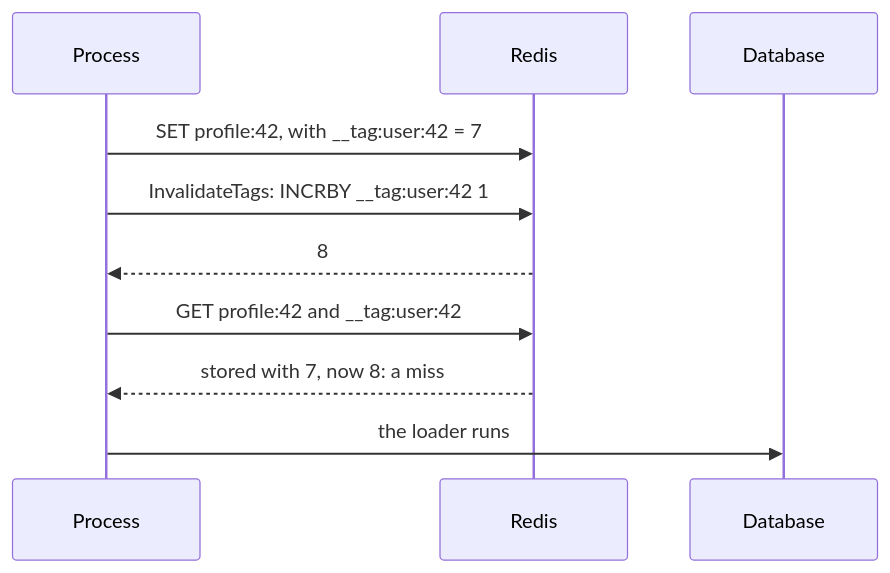
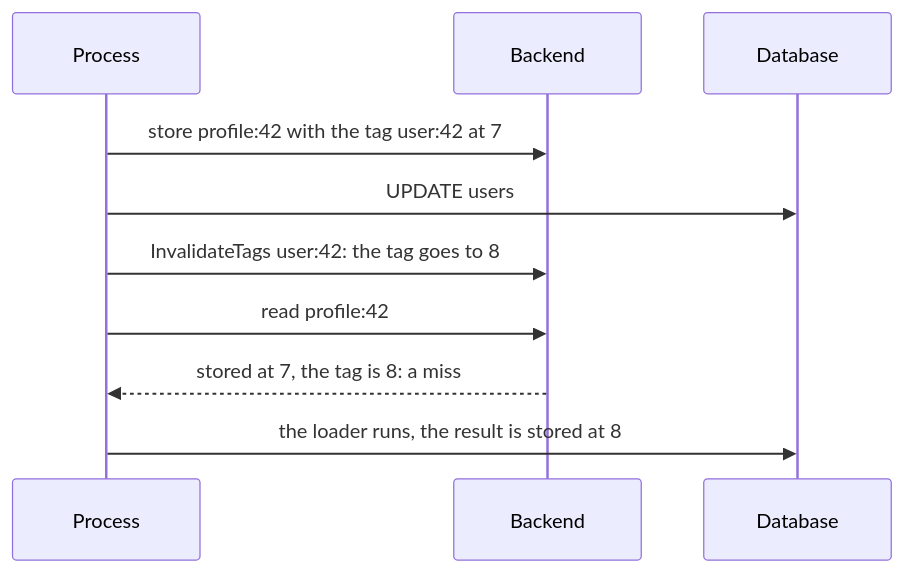
Before and after one commit to eugeneliukindev/gashe: the diagram in docs/en/concepts/invalidation.md, drawn with Mermaid. The commit also changed other lines of this file and 195 other files, not shown here.

````diff
--- a/docs/en/concepts/invalidation.md
+++ b/docs/en/concepts/invalidation.md
@@ -19,12 +26,12 @@
 ```mermaid
 sequenceDiagram
     participant P as Process
-    participant R as Redis
+    participant K as Backend
     participant DB as Database
-    P->>R: SET profile:42, with __tag:user:42 = 7
-    P->>R: InvalidateTags: INCRBY __tag:user:42 1
-    R-->>P: 8
-    P->>R: GET profile:42 and __tag:user:42
-    R-->>P: stored with 7, now 8: a miss
-    P->>DB: the loader runs
+    P->>K: store profile:42 with the tag user:42 at 7
+    P->>DB: UPDATE users
+    P->>K: InvalidateTags user:42: the tag goes to 8
+    P->>K: read profile:42
+    K-->>P: stored at 7, the tag is 8: a miss
+    P->>DB: the loader runs, the result is stored at 8
 ```
````
